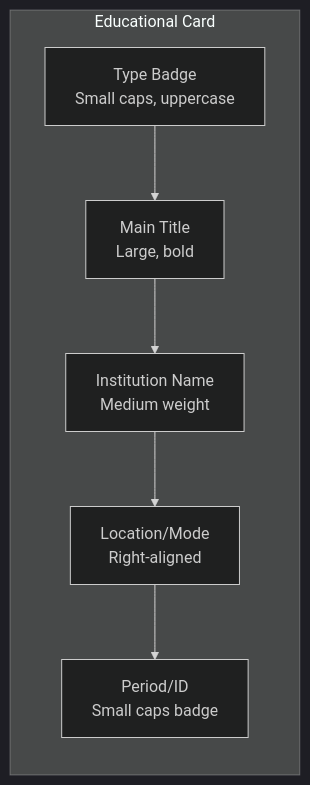
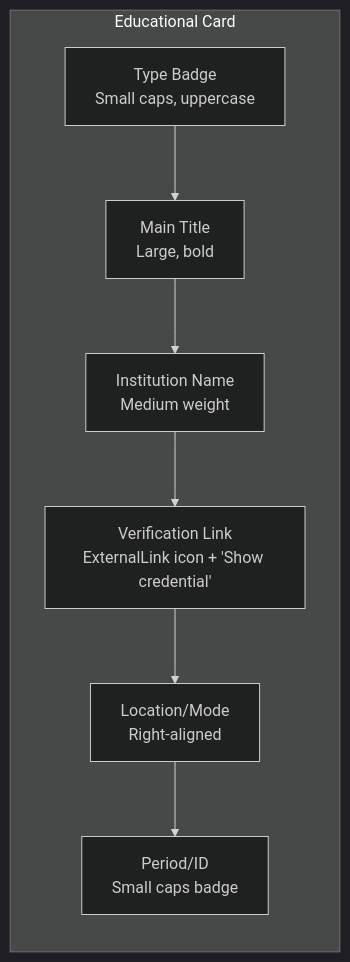
The sixth of 10 diagrams in .qoder/repowiki/en/content/Component Library & UI Elements/EducationSection Component.md (subash7781/Portfolio), drawn with Mermaid (dark theme) before and after one commit. The commit also changed other lines of this file and 3 other files, not shown here.

````diff
--- a/.qoder/repowiki/en/content/Component Library & UI Elements/EducationSection Component.md
+++ b/.qoder/repowiki/en/content/Component Library & UI Elements/EducationSection Component.md
@@ -243,14 +267,16 @@
 ```mermaid
 graph LR
 subgraph "Educational Card"
 Type["Type Badge<br/>Small caps, uppercase"]
 Title["Main Title<br/>Large, bold"]
 Institution["Institution Name<br/>Medium weight"]
+CredentialLink["Verification Link<br/>ExternalLink icon + 'Show credential'"]
 Location["Location/Mode<br/>Right-aligned"]
 Period["Period/ID<br/>Small caps badge"]
 end
 Type --> Title
 Title --> Institution
-Institution --> Location
+Institution --> CredentialLink
+CredentialLink --> Location
 Location --> Period
 ```
````
